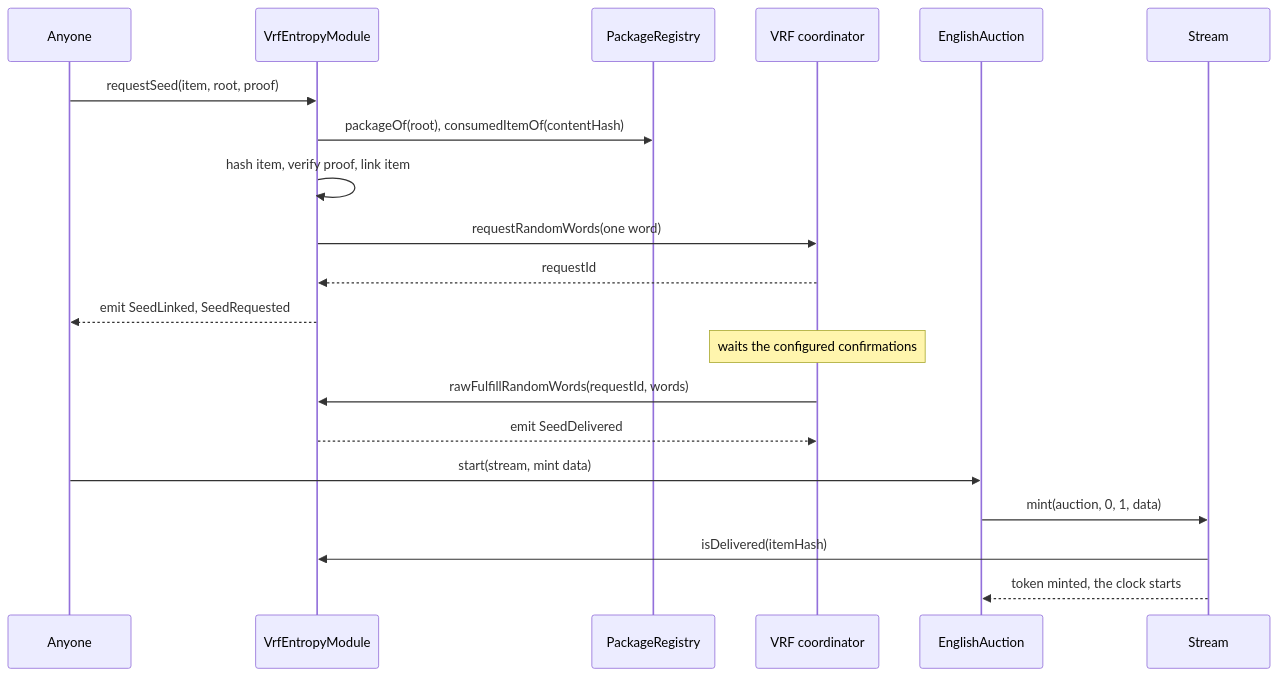
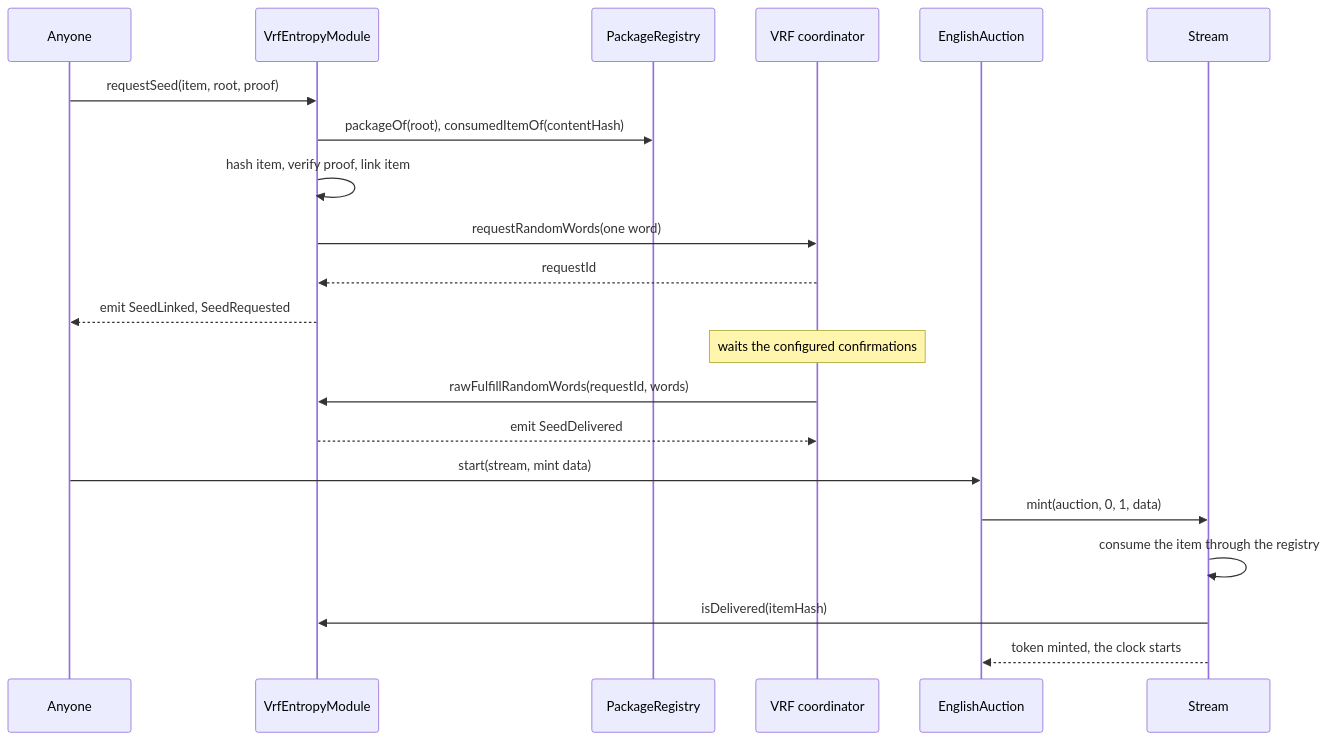
One commit to 6529-Collections/6529-works changed the third of 5 diagrams in docs/spec/entropy.md. Above: the diagram before and after it, drawn with Mermaid. The commit also changed other lines of this file and 36 other files, not shown here.

````diff
--- a/docs/spec/entropy.md
+++ b/docs/spec/entropy.md
@@ -180,22 +167,23 @@
 ```mermaid
 sequenceDiagram
     participant Anyone as Anyone
     participant Module as VrfEntropyModule
     participant Registry as PackageRegistry
     participant Coord as VRF coordinator
     participant Auction as EnglishAuction
     participant Stream as Stream
     Anyone->>Module: requestSeed(item, root, proof)
     Module->>Registry: packageOf(root), consumedItemOf(contentHash)
     Module->>Module: hash item, verify proof, link item
     Module->>Coord: requestRandomWords(one word)
     Coord-->>Module: requestId
     Module-->>Anyone: emit SeedLinked, SeedRequested
     Note over Coord: waits the configured confirmations
     Coord->>Module: rawFulfillRandomWords(requestId, words)
     Module-->>Coord: emit SeedDelivered
     Anyone->>Auction: start(stream, mint data)
     Auction->>Stream: mint(auction, 0, 1, data)
+    Stream->>Stream: consume the item through the registry
     Stream->>Module: isDelivered(itemHash)
     Stream-->>Auction: token minted, the clock starts
 ```
````
